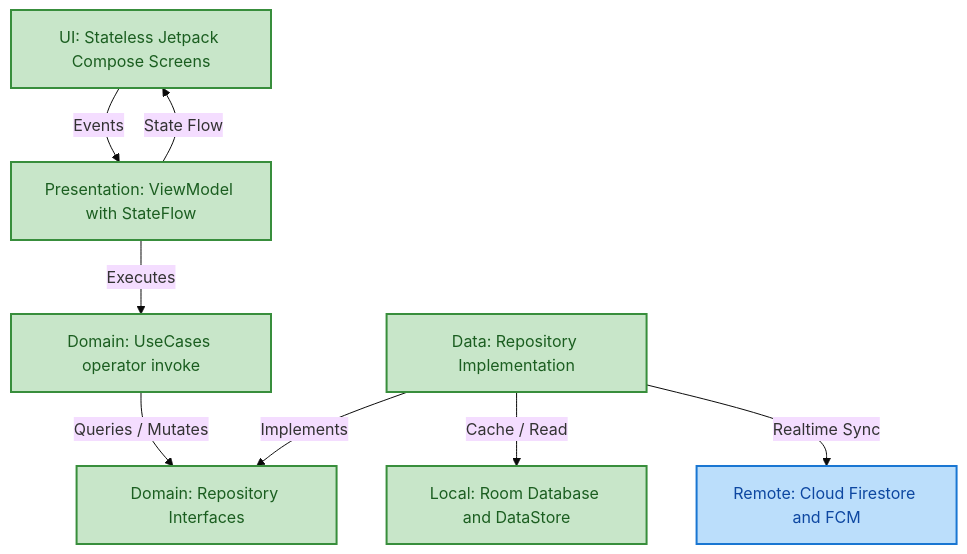
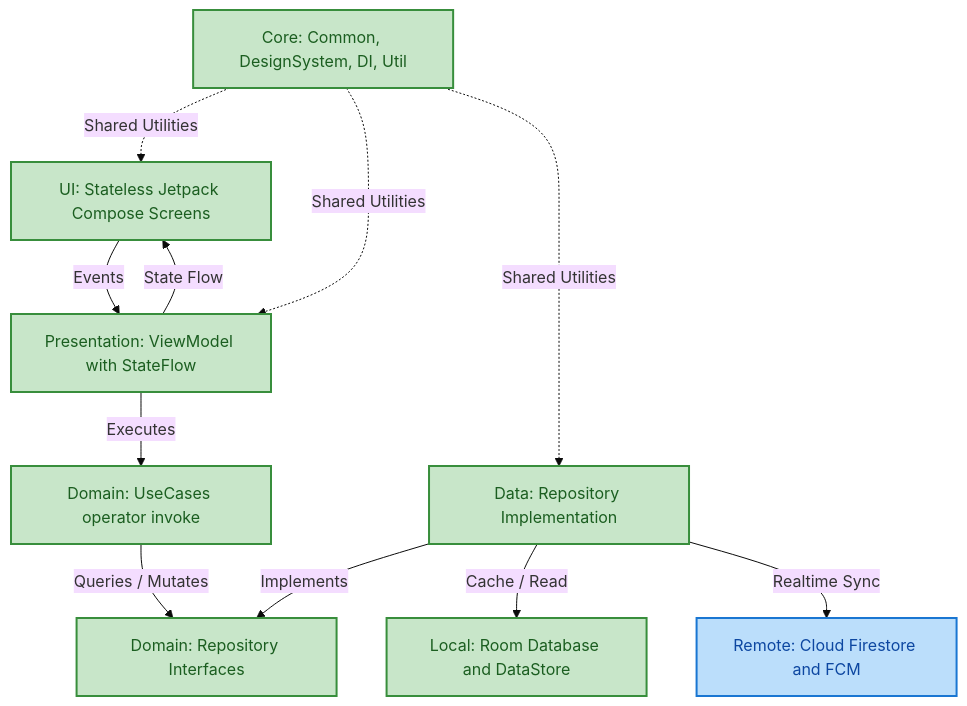
The fourth of 8 diagrams in README.md (AdityaSurse/Smart-Medicine-Box-EIMS-Project-), drawn with Mermaid (base theme) before and after one commit. The commit also changed other lines of this file and 68 other files, not shown here.

Commit message:
feat: scaffold project architecture

````diff
--- a/README.md
+++ b/README.md
@@ -102,18 +102,21 @@
 ```mermaid
 flowchart TD
     classDef device fill:#FFE0B2,stroke:#E65100,stroke-width:2px,color:#BF360C;
     classDef cloud fill:#BBDEFB,stroke:#1976D2,stroke-width:2px,color:#0D47A1;
     classDef app fill:#C8E6C9,stroke:#388E3C,stroke-width:2px,color:#1B5E20;
     classDef alert fill:#FFCDD2,stroke:#D32F2F,stroke-width:2px,color:#B71C1C;
 
     UI["UI: Stateless Jetpack Compose Screens"] -->|"Events"| VM["Presentation: ViewModel with StateFlow"]
     VM -->|"State Flow"| UI
     VM -->|"Executes"| UC["Domain: UseCases operator invoke"]
     UC -->|"Queries / Mutates"| REPO["Domain: Repository Interfaces"]
     REPO_IMPL["Data: Repository Implementation"] -->|"Implements"| REPO
     REPO_IMPL -->|"Cache / Read"| ROOM["Local: Room Database and DataStore"]
     REPO_IMPL -->|"Realtime Sync"| FS["Remote: Cloud Firestore and FCM"]
+    CORE["Core: Common, DesignSystem, DI, Util"] -.->|"Shared Utilities"| UI
+    CORE -.->|"Shared Utilities"| VM
+    CORE -.->|"Shared Utilities"| REPO_IMPL
 
     class FS cloud;
-    class UI,VM,UC,REPO,REPO_IMPL,ROOM app;
+    class UI,VM,UC,REPO,REPO_IMPL,ROOM,CORE app;
 ```
````
